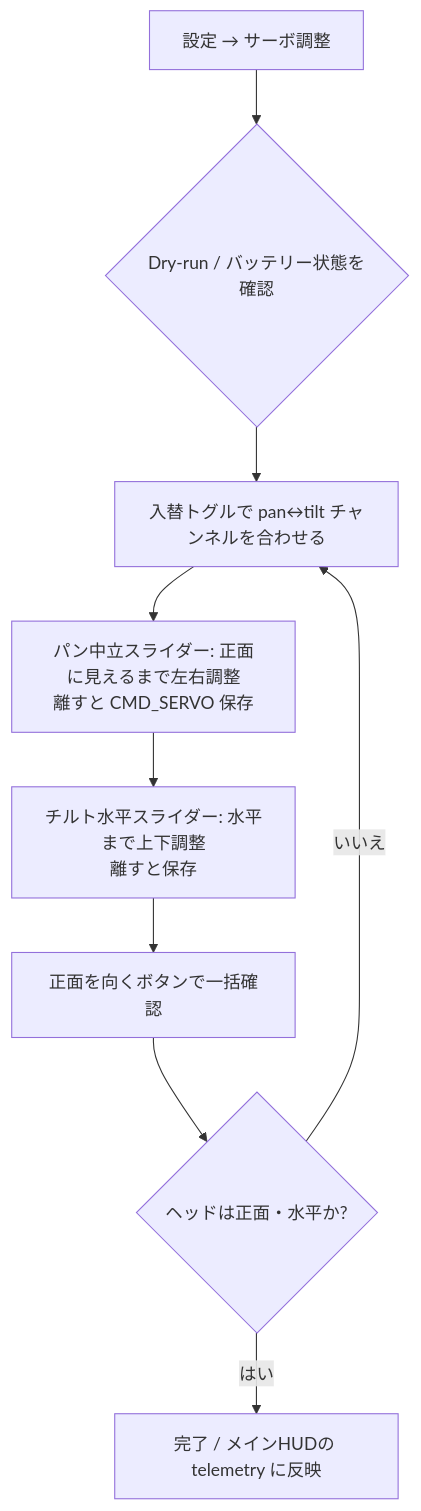
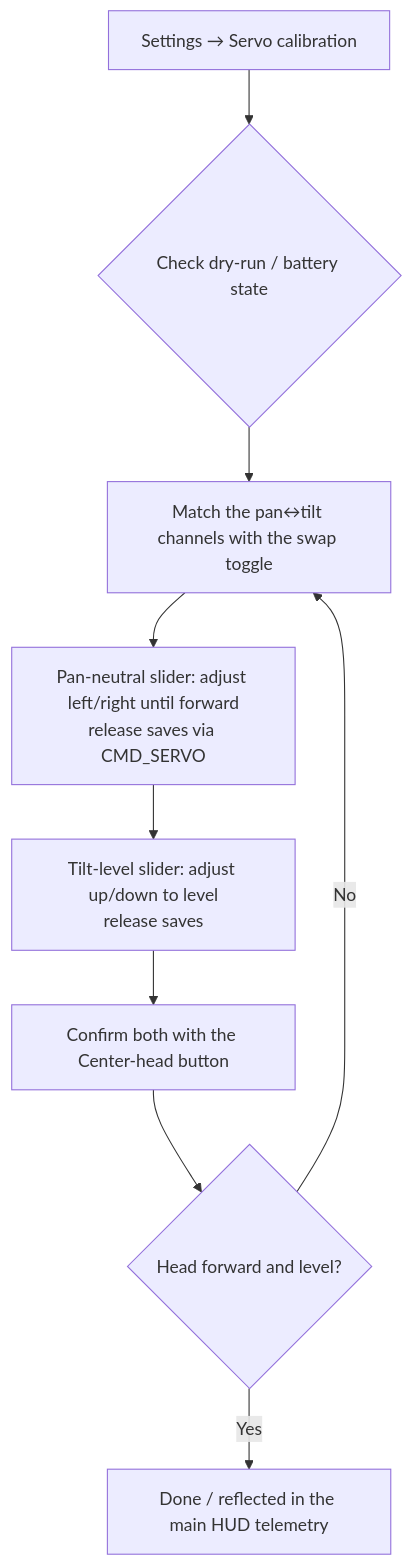
The second of 3 diagrams in DESIGN.md (xingyangJP/esp32-ai-robot), drawn with Mermaid before and after one commit. The commit also changed other lines of this file and 4 other files, not shown here.

````diff
--- a/DESIGN.md
+++ b/DESIGN.md
@@ -437,11 +442,12 @@
 ```mermaid
 flowchart TD
-  A[設定 → サーボ調整] --> B{Dry-run / バッテリー状態を確認}
-  B --> C[入替トグルで pan↔tilt チャンネルを合わせる]
-  C --> D[パン中立スライダー: 正面に見えるまで左右調整<br/>離すと CMD_SERVO 保存]
-  D --> E[チルト水平スライダー: 水平まで上下調整<br/>離すと保存]
-  E --> F[正面を向くボタンで一括確認]
-  F --> G{ヘッドは正面・水平か?}
-  G -- いいえ --> C
-  G -- はい --> H[完了 / メインHUDの telemetry に反映]
+  A[Settings → Servo calibration] --> B{Check dry-run / battery state}
+  C[Match the pan↔tilt channels with the swap toggle]
+  B --> C
+  C --> D[Pan-neutral slider: adjust left/right until forward<br/>release saves via CMD_SERVO]
+  D --> E[Tilt-level slider: adjust up/down to level<br/>release saves]
+  E --> F[Confirm both with the Center-head button]
+  F --> G{Head forward and level?}
+  G -- No --> C
+  G -- Yes --> H[Done / reflected in the main HUD telemetry]
 ```
````
